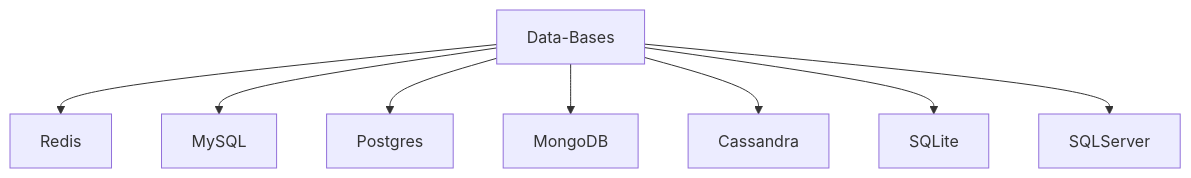
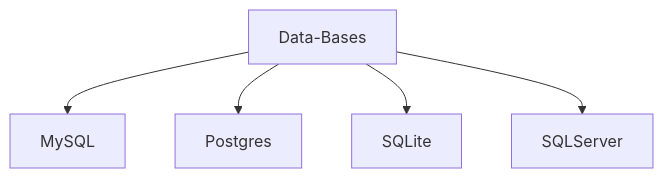
The fourth of 4 diagrams in README.md (Victor-A-P/Victor-A-P), drawn with Mermaid before and after one commit. The commit also changed other lines of this file, not shown here.

````diff
--- a/README.md
+++ b/README.md
@@ -153,10 +163,8 @@
 ```mermaid
 graph TD;
-    Data-Bases-->Redis;
+   
     Data-Bases-->MySQL;
     Data-Bases-->Postgres
-    Data-Bases-->MongoDB
-    Data-Bases-->Cassandra
     Data-Bases-->SQLite
     Data-Bases-->SQLServer
 ```
````
